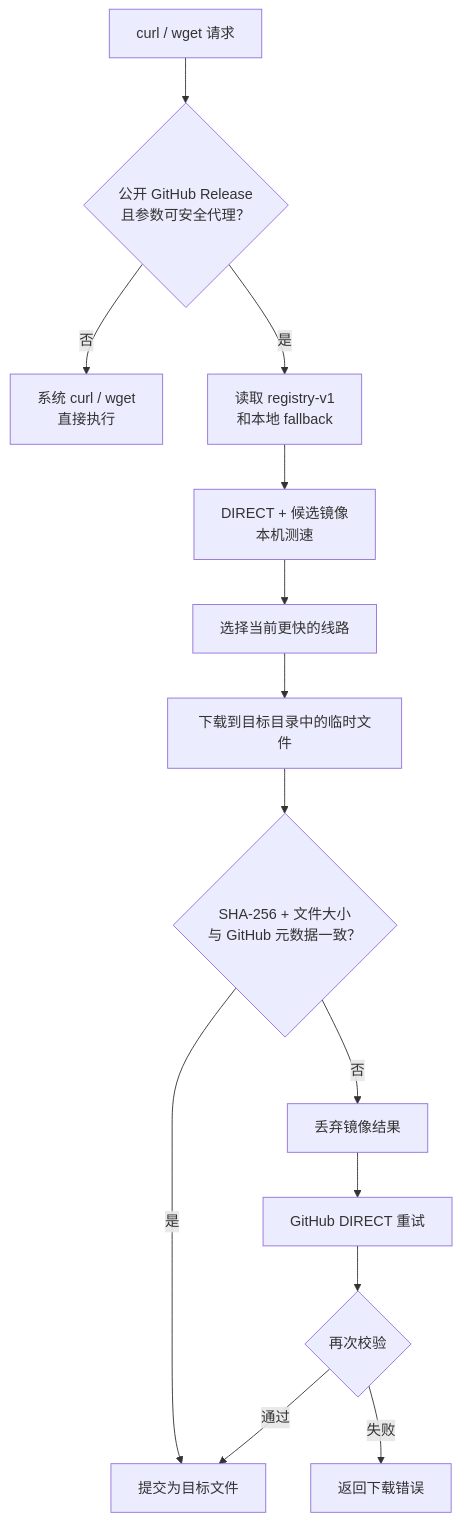
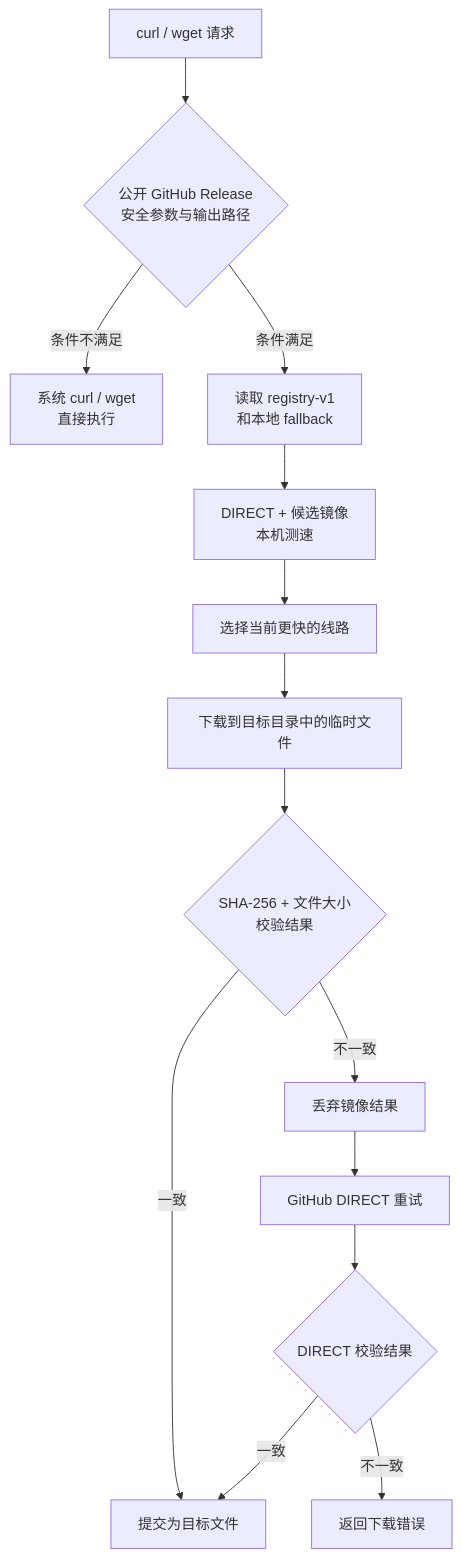
Before and after one commit to Takabunbin/ghlane: the first of 2 diagrams in README.md, drawn with Mermaid. The commit also changed other lines of this file, not shown here.

Commit message:
docs: tighten Chinese README prose

````diff
--- a/README.md
+++ b/README.md
@@ -101,16 +101,16 @@
 ```mermaid
 flowchart TD
-    A["curl / wget 请求"] --> B{"公开 GitHub Release<br/>且参数可安全代理？"}
-    B -- "否" --> D["系统 curl / wget<br/>直接执行"]
-    B -- "是" --> M["读取 registry-v1<br/>和本地 fallback"]
+    A["curl / wget 请求"] --> B{"公开 GitHub Release<br/>安全参数与输出路径"}
+    B -- "条件不满足" --> D["系统 curl / wget<br/>直接执行"]
+    B -- "条件满足" --> M["读取 registry-v1<br/>和本地 fallback"]
     M --> R["DIRECT + 候选镜像<br/>本机测速"]
     R --> F["选择当前更快的线路"]
     F --> T["下载到目标目录中的临时文件"]
-    T --> V{"SHA-256 + 文件大小<br/>与 GitHub 元数据一致？"}
-    V -- "是" --> O["提交为目标文件"]
-    V -- "否" --> X["丢弃镜像结果"]
+    T --> V{"SHA-256 + 文件大小<br/>校验结果"}
+    V -- "一致" --> O["提交为目标文件"]
+    V -- "不一致" --> X["丢弃镜像结果"]
     X --> G["GitHub DIRECT 重试"]
-    G --> W{"再次校验"}
-    W -- "通过" --> O
-    W -- "失败" --> E["返回下载错误"]
+    G --> W{"DIRECT 校验结果"}
+    W -- "一致" --> O
+    W -- "不一致" --> E["返回下载错误"]
 ```
````
